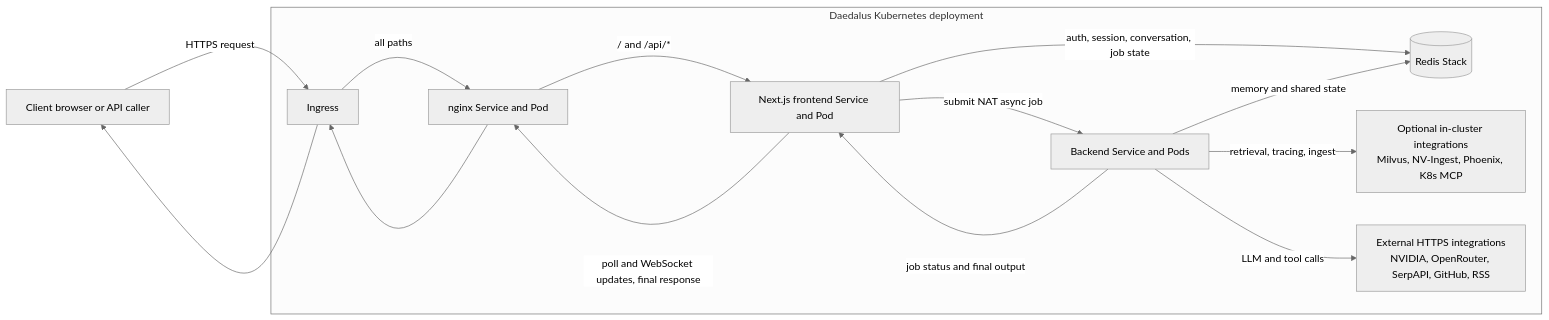
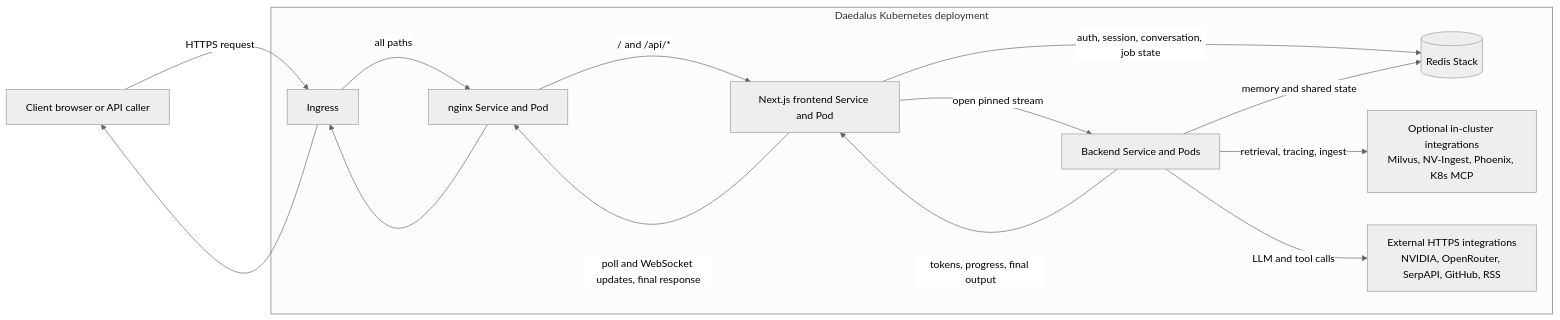
One commit to tuttlebr/daedalus-agent changed the first of 2 diagrams in README.md. Above: the diagram before and after it, drawn with Mermaid (neutral theme). The commit also changed other lines of this file and 18 other files, not shown here.

````diff
--- a/README.md
+++ b/README.md
@@ -206,27 +206,27 @@
 ```mermaid
 flowchart LR
     Client[Client browser or API caller]
 
     subgraph Cluster[Daedalus Kubernetes deployment]
         Ingress[Ingress]
         Nginx[nginx Service and Pod]
         Frontend[Next.js frontend Service and Pod]
         Backend[Backend Service and Pods]
         Redis[(Redis Stack)]
         Integrations[Optional in-cluster integrations<br/>Milvus, NV-Ingest, Phoenix, K8s MCP]
         External[External HTTPS integrations<br/>NVIDIA, OpenRouter, SerpAPI, GitHub, RSS]
     end
 
     Client -->|HTTPS request| Ingress
     Ingress -->|all paths| Nginx
     Nginx -->|/ and /api/*| Frontend
     Frontend -->|auth, session, conversation, job state| Redis
-    Frontend -->|submit NAT async job| Backend
+    Frontend -->|open pinned stream| Backend
     Backend -->|memory and shared state| Redis
     Backend -->|retrieval, tracing, ingest| Integrations
     Backend -->|LLM and tool calls| External
-    Backend -->|job status and final output| Frontend
+    Backend -->|tokens, progress, final output| Frontend
     Frontend -->|poll and WebSocket updates, final response| Nginx
     Nginx --> Ingress
     Ingress --> Client
 ```
````
